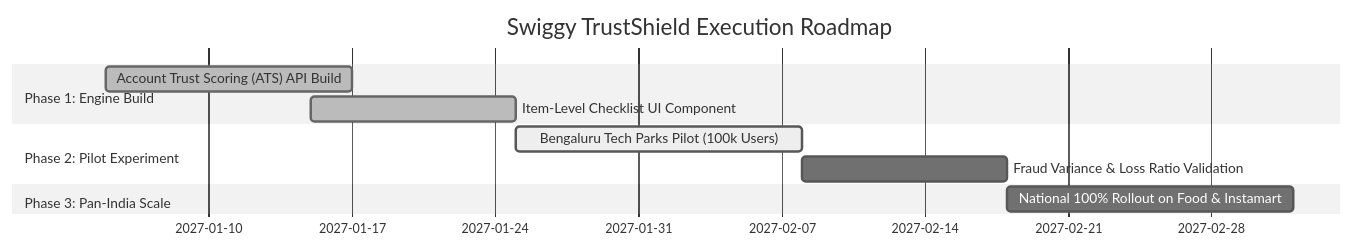
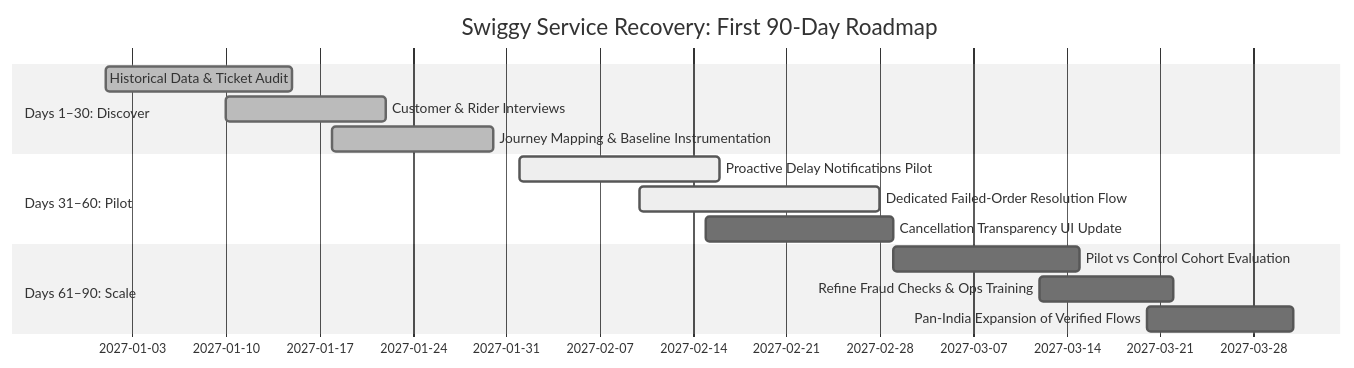
The fourth of 5 diagrams in Swiggy-App-Store-Review-Analysis/README.md (TRISHNA-K/Product-Project-Management-portfolio), drawn with Mermaid (neutral theme) before and after one commit. The commit also changed other lines of this file and 54 other files, not shown here.

Commit message:
Add Swiggy PM Case Study: Customer Review Analysis, Prioritization Matrix, 90-Day Roadmap & 50 Raw Complaint Screenshots

````diff
--- a/Swiggy-App-Store-Review-Analysis/README.md
+++ b/Swiggy-App-Store-Review-Analysis/README.md
@@ -232,13 +214,17 @@
 ```mermaid
 gantt
-    title Swiggy TrustShield Execution Roadmap
+    title Swiggy Service Recovery: First 90-Day Roadmap
     dateFormat  YYYY-MM-DD
-    section Phase 1: Engine Build
-    Account Trust Scoring (ATS) API Build     :done, 2027-01-05, 12d
-    Item-Level Checklist UI Component        :done, 2027-01-15, 10d
-    section Phase 2: Pilot Experiment
-    Bengaluru Tech Parks Pilot (100k Users)   :active, 2027-01-25, 14d
-    Fraud Variance & Loss Ratio Validation   :2027-02-08, 10d
-    section Phase 3: Pan-India Scale
-    National 100% Rollout on Food & Instamart :2027-02-18, 14d
+    section Days 1–30: Discover
+    Historical Data & Ticket Audit            :done, 2027-01-01, 14d
+    Customer & Rider Interviews               :done, 2027-01-10, 12d
+    Journey Mapping & Baseline Instrumentation:done, 2027-01-18, 12d
+    section Days 31–60: Pilot
+    Proactive Delay Notifications Pilot       :active, 2027-02-01, 15d
+    Dedicated Failed-Order Resolution Flow    :active, 2027-02-10, 18d
+    Cancellation Transparency UI Update      :2027-02-15, 14d
+    section Days 61–90: Scale
+    Pilot vs Control Cohort Evaluation        :2027-03-01, 14d
+    Refine Fraud Checks & Ops Training        :2027-03-12, 10d
+    Pan-India Expansion of Verified Flows     :2027-03-20, 11d
 ```
````
